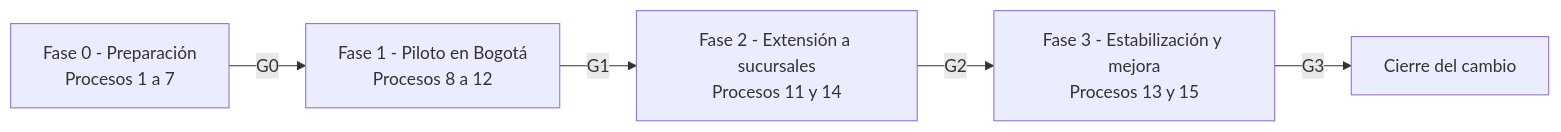
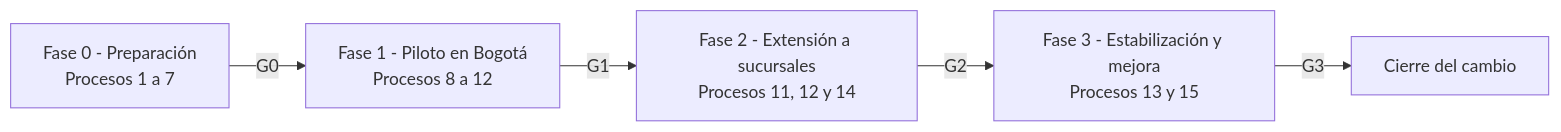
One commit to AlejoTechEngineer/itil-v3-cambios-evolutivos-pyme changed the second of 2 diagrams in README.md. Above: the diagram before and after it, drawn with Mermaid. The commit also changed other lines of this file and 1 other file, not shown here.

````diff
--- a/README.md
+++ b/README.md
@@ -235,7 +235,7 @@
 ```mermaid
 flowchart LR
     F0[Fase 0 - Preparación<br/>Procesos 1 a 7] -->|G0| F1[Fase 1 - Piloto en Bogotá<br/>Procesos 8 a 12]
-    F1 -->|G1| F2[Fase 2 - Extensión a sucursales<br/>Procesos 11 y 14]
+    F1 -->|G1| F2[Fase 2 - Extensión a sucursales<br/>Procesos 11, 12 y 14]
     F2 -->|G2| F3[Fase 3 - Estabilización y mejora<br/>Procesos 13 y 15]
     F3 -->|G3| Z[Cierre del cambio]
 ```
````
